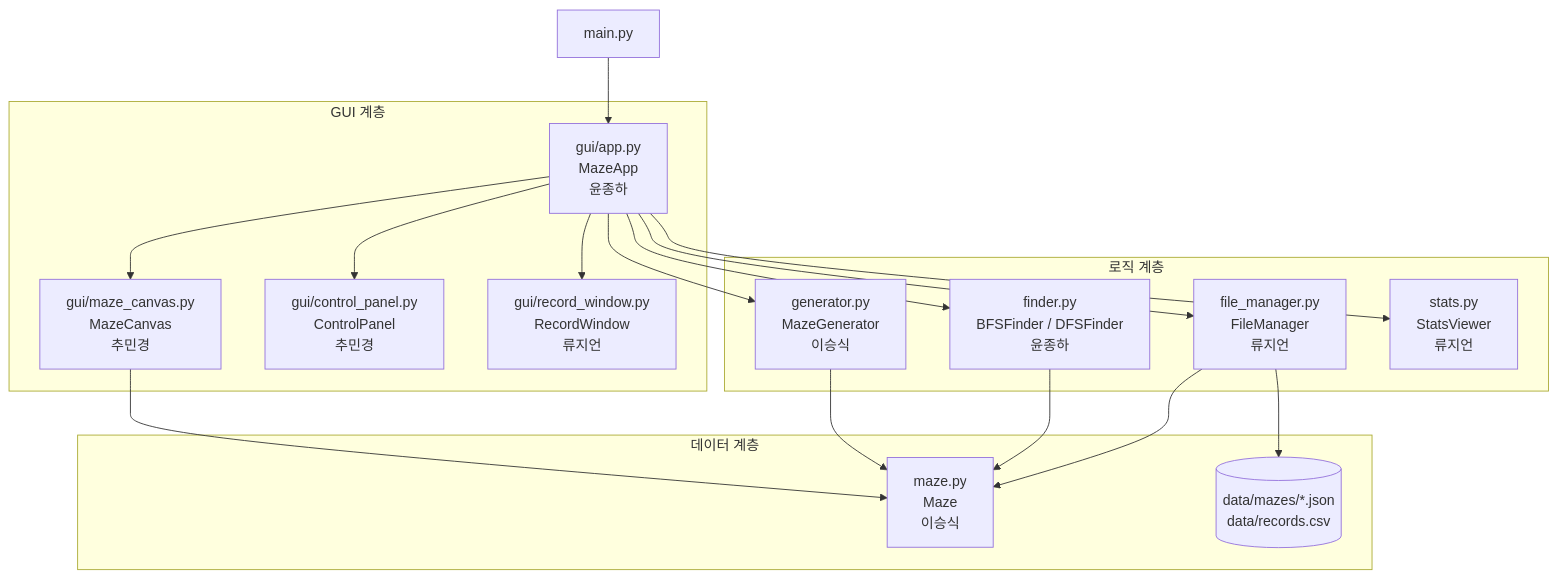
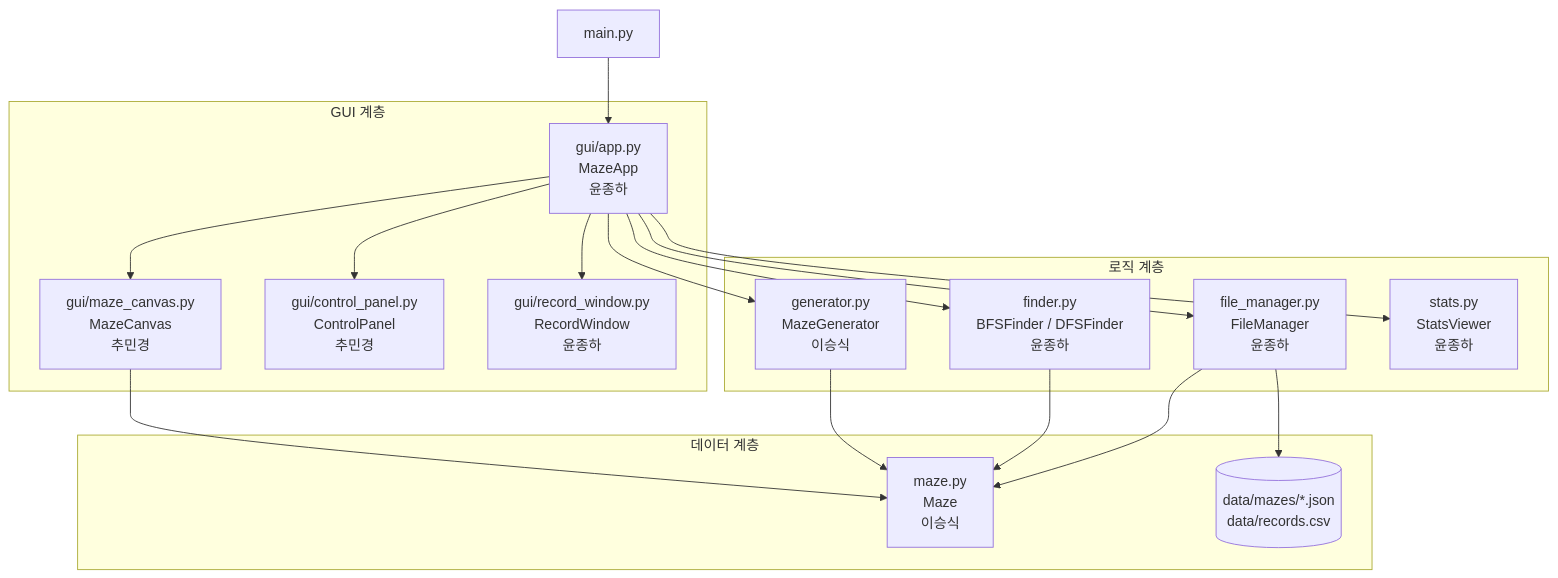
Before and after one commit to dontcal1me/PP2-PROJECT: the first of 2 diagrams in README.md, drawn with Mermaid. The commit also changed other lines of this file and 1 other file, not shown here.

````diff
--- a/README.md
+++ b/README.md
@@ -689,32 +693,32 @@
 ```mermaid
 flowchart TD
     main[main.py] --> app[gui/app.py<br/>MazeApp<br/>윤종하]
 
     subgraph L1 [GUI 계층]
         app --> canvas[gui/maze_canvas.py<br/>MazeCanvas<br/>추민경]
         app --> panel[gui/control_panel.py<br/>ControlPanel<br/>추민경]
-        app --> record[gui/record_window.py<br/>RecordWindow<br/>류지언]
+        app --> record[gui/record_window.py<br/>RecordWindow<br/>윤종하]
     end
 
     subgraph L2 [로직 계층]
         gen[generator.py<br/>MazeGenerator<br/>이승식]
         finder[finder.py<br/>BFSFinder / DFSFinder<br/>윤종하]
-        fm[file_manager.py<br/>FileManager<br/>류지언]
-        stats[stats.py<br/>StatsViewer<br/>류지언]
+        fm[file_manager.py<br/>FileManager<br/>윤종하]
+        stats[stats.py<br/>StatsViewer<br/>윤종하]
     end
 
     subgraph L3 [데이터 계층]
         maze[maze.py<br/>Maze<br/>이승식]
         files[(data/mazes/*.json<br/>data/records.csv)]
     end
 
     app --> gen
     app --> finder
     app --> fm
     app --> stats
     canvas --> maze
     gen --> maze
     finder --> maze
     fm --> maze
     fm --> files
 ```
````
